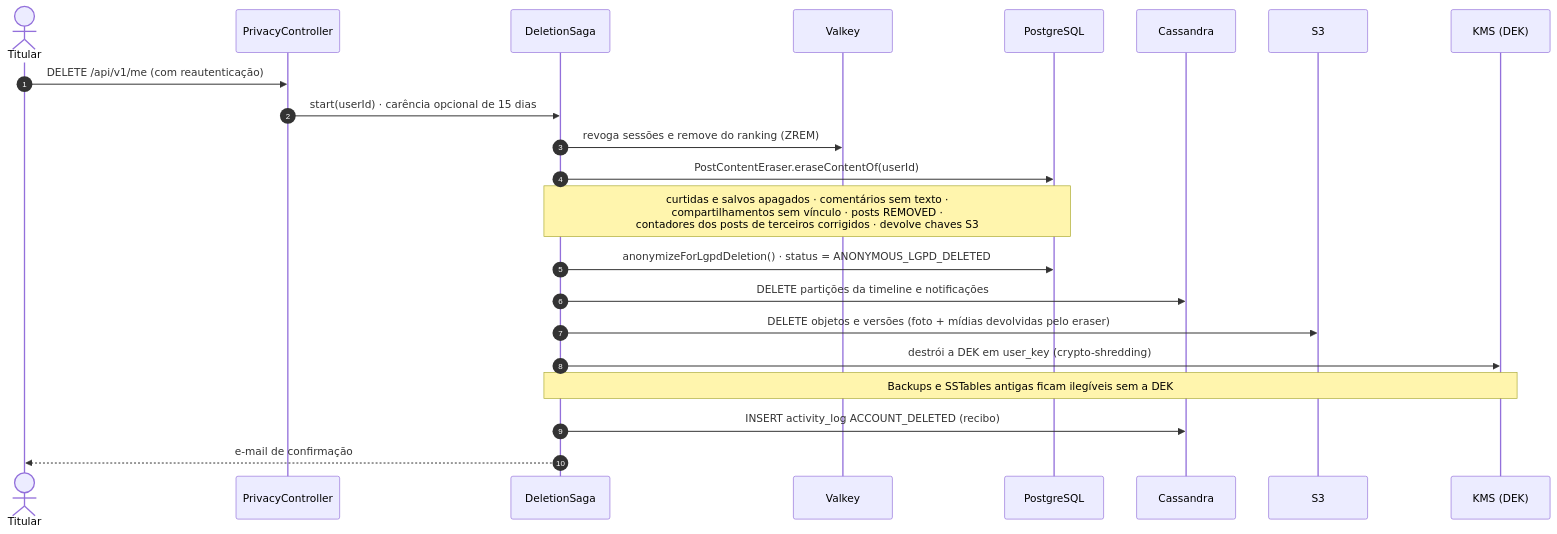
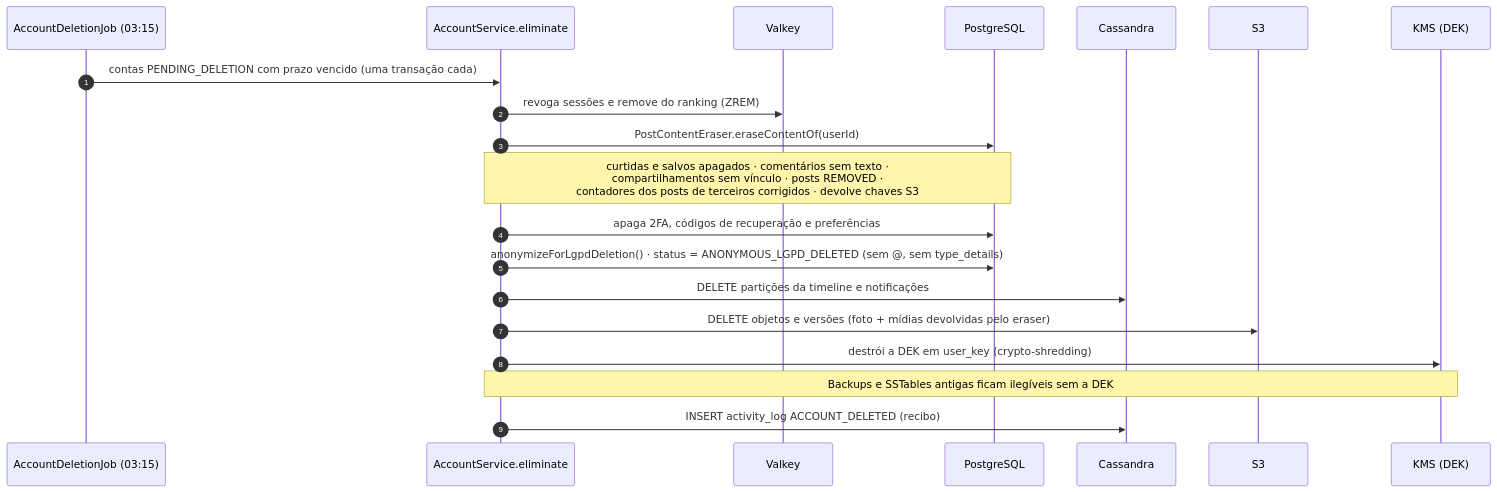
The third of 4 diagrams in docs/rf/RF23-direitos-titular-lgpd.md (MatheusHaliski/orange_social_velion), drawn with Mermaid before and after one commit. The commit also changed other lines of this file and 78 other files, not shown here.

First line of the commit message:
Add sign-up with user type and Velion terms, sessions, 2FA, settings and 30-day deletion

````diff
--- a/docs/rf/RF23-direitos-titular-lgpd.md
+++ b/docs/rf/RF23-direitos-titular-lgpd.md
@@ -62,25 +105,23 @@
 ```mermaid
 sequenceDiagram
     autonumber
-    actor T as Titular
-    participant API as PrivacyController
-    participant SG as DeletionSaga
+    participant JOB as AccountDeletionJob (03:15)
+    participant SG as AccountService.eliminate
     participant VK as Valkey
     participant PG as PostgreSQL
     participant CS as Cassandra
     participant S3 as S3
     participant KMS as KMS (DEK)
 
-    T->>API: DELETE /api/v1/me (com reautenticação)
-    API->>SG: start(userId) · carência opcional de 15 dias
+    JOB->>SG: contas PENDING_DELETION com prazo vencido (uma transação cada)
     SG->>VK: revoga sessões e remove do ranking (ZREM)
     SG->>PG: PostContentEraser.eraseContentOf(userId)
     Note over SG,PG: curtidas e salvos apagados · comentários sem texto ·<br/>compartilhamentos sem vínculo · posts REMOVED ·<br/>contadores dos posts de terceiros corrigidos · devolve chaves S3
-    SG->>PG: anonymizeForLgpdDeletion() · status = ANONYMOUS_LGPD_DELETED
+    SG->>PG: apaga 2FA, códigos de recuperação e preferências
+    SG->>PG: anonymizeForLgpdDeletion() · status = ANONYMOUS_LGPD_DELETED (sem @, sem type_details)
     SG->>CS: DELETE partições da timeline e notificações
     SG->>S3: DELETE objetos e versões (foto + mídias devolvidas pelo eraser)
     SG->>KMS: destrói a DEK em user_key (crypto-shredding)
     Note over SG,KMS: Backups e SSTables antigas ficam ilegíveis sem a DEK
     SG->>CS: INSERT activity_log ACCOUNT_DELETED (recibo)
-    SG-->>T: e-mail de confirmação
 ```
````
